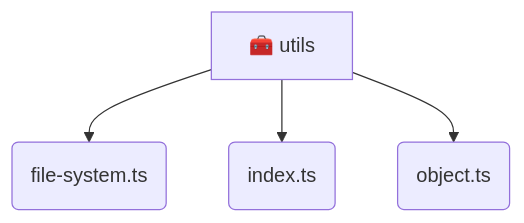
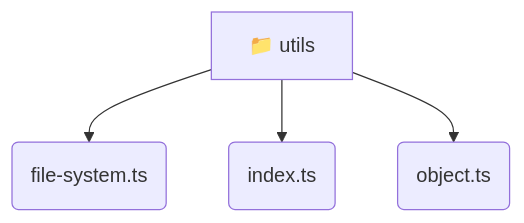
Before and after one commit to beginwebdev2002/fullstack-mavluda: the diagram in backend/src/common/utils/README.md, drawn with Mermaid. The commit also changed other lines of this file and 155 other files, not shown here.

````diff
--- a/backend/src/common/utils/README.md
+++ b/backend/src/common/utils/README.md
@@ -9,7 +9,7 @@
 ```mermaid
 graph TD
-  utils[🧰 utils]
-  utils --> file_system_ts(file-system.ts)
-  utils --> index_ts(index.ts)
-  utils --> object_ts(object.ts)
+  utils[📁 utils]
+  utils --> utils_file_system_ts(file-system.ts)
+  utils --> utils_index_ts(index.ts)
+  utils --> utils_object_ts(object.ts)
 ```
````
